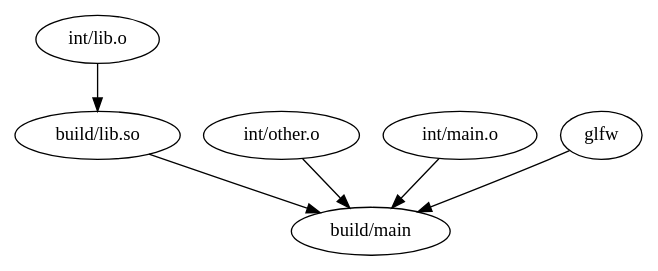
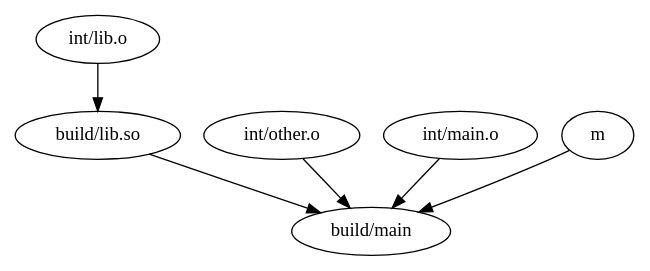
One commit to ludviggunne/rubuild changed the diagram in example/graph.dot. Above: the diagram before and after it, drawn with Graphviz. The commit also changed 1 other file, not shown here.

```diff
--- a/example/graph.dot
+++ b/example/graph.dot
@@ -1,14 +1,14 @@
 digraph DependencyTree {
-    "build/main"[]
-    "build/lib.so"[]
-    "int/lib.o"[]
-    "int/other.o"[]
-    "int/main.o"[]
-    "glfw"
+    "build/main"
+    "build/lib.so"
+    "int/lib.o"
+    "int/other.o"
+    "int/main.o"
+    "m"
 
-    "int/main.o" -> "build/main"[]
-    "int/other.o" -> "build/main"[]
-    "build/lib.so" -> "build/main"[]
-    "glfw" -> "build/main"
-    "int/lib.o" -> "build/lib.so"[]
+    "int/main.o" -> "build/main"
+    "int/other.o" -> "build/main"
+    "build/lib.so" -> "build/main"
+    "m" -> "build/main"
+    "int/lib.o" -> "build/lib.so"
 }
```
